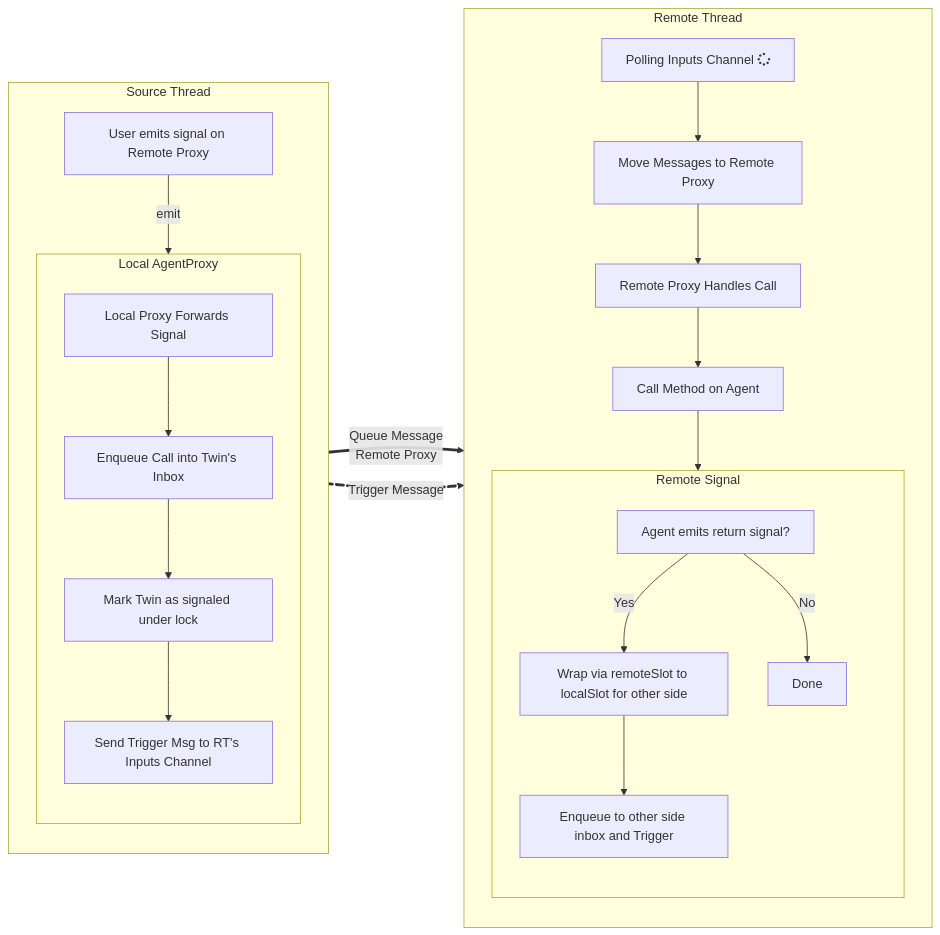
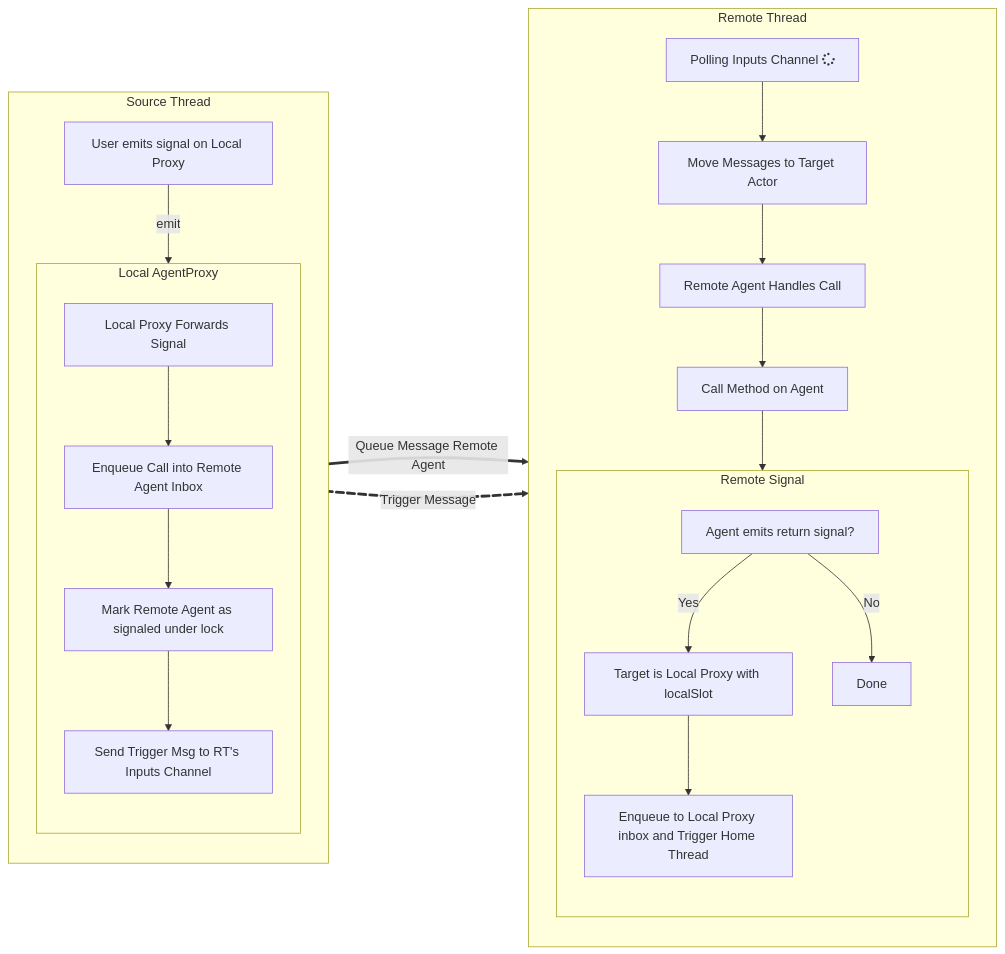
The first of 2 diagrams in docs/threading.md (elcritch/sigils), drawn with Mermaid before and after one commit. The commit also changed other lines of this file and 16 other files, not shown here.

````diff
--- a/docs/threading.md
+++ b/docs/threading.md
@@ -220,41 +218,40 @@
 ```mermaid
 flowchart LR
   subgraph ST[Source Thread]
     direction TB
-    Caller[User emits signal on Remote Proxy];
+    Caller[User emits signal on Local Proxy];
 
     Caller --emit --> LP;
 
     subgraph LP[Local AgentProxy]
       direction TB
       FWD[Local Proxy Forwards Signal];
-      Enqueue[Enqueue Call into Twin's Inbox];
-      Mark[Mark Twin as signaled under lock];
+      Enqueue[Enqueue Call into Remote Agent Inbox];
+      Mark[Mark Remote Agent as signaled under lock];
       Trigger[Send Trigger Msg to RT's Inputs Channel];
 
       FWD --> Enqueue --> Mark --> Trigger;
     end
   end
 
   subgraph RT[Remote Thread]
     RX[Polling Inputs Channel fa:fa-spinner];
-    Triggered[Move Messages to Remote Proxy];
-    Twin[Remote Proxy Handles Call];
+    Triggered[Move Messages to Target Actor];
+    Remote[Remote Agent Handles Call];
     Deliver[Call Method on Agent];
-    RX --> Triggered --> Twin --> Deliver;
+    RX --> Triggered --> Remote --> Deliver;
     subgraph RS[Remote Signal]
       direction TB;
       Back[Agent emits return signal?];
-      Back -- Yes --> WrapBack[Wrap via remoteSlot to localSlot for other side];
-      WrapBack --> EnqueueBack[Enqueue to other side inbox and Trigger];
+      Back -- Yes --> WrapBack[Target is Local Proxy with localSlot];
+      WrapBack --> EnqueueBack[Enqueue to Local Proxy inbox and Trigger Home Thread];
       Back -- No --> Done[Done];
     end
     Deliver --> Back;
   end
 
-  ST e0@==>|Queue Message
-            Remote Proxy| RT;
+  ST e0@==>|Queue Message Remote Agent| RT;
   ST e1@==>|Trigger Message| RT;
   e1@{ animate: true }
 
 ```
````
